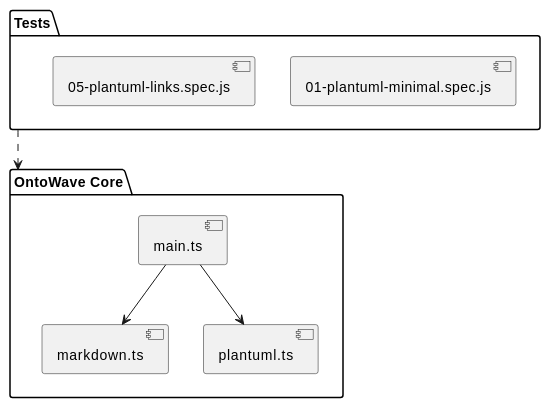
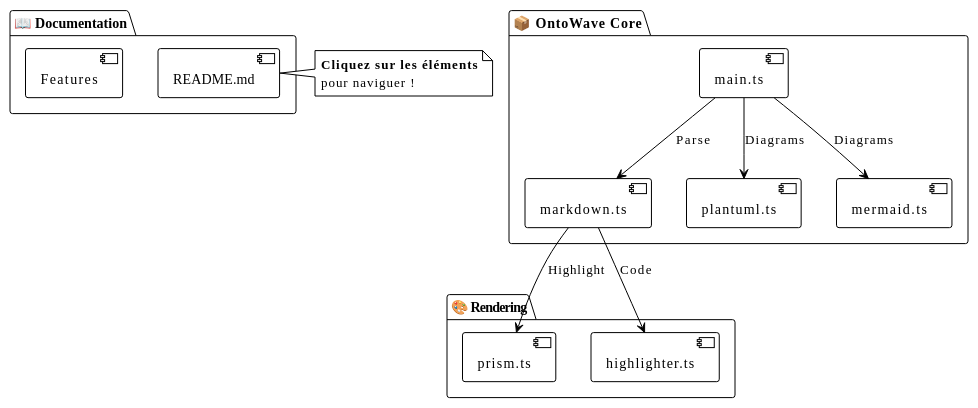
The first of 4 diagrams in docs/demos/test-plantuml-links.md (stephanedenis/OntoWave), drawn with PlantUML before and after one commit. The commit also changed other lines of this file and 6 other files, not shown here.

````diff
--- a/docs/demos/test-plantuml-links.md
+++ b/docs/demos/test-plantuml-links.md
@@ -7,18 +13,34 @@
 ```plantuml
 @startuml
-package "OntoWave Core" {
+!theme plain
+
+package "📦 OntoWave Core" {
   [main.ts] [[https://github.com/stephanedenis/OntoWave/blob/main/src/main.ts]]
   [markdown.ts] [[https://github.com/stephanedenis/OntoWave/blob/main/src/markdown.ts]]
   [plantuml.ts] [[https://github.com/stephanedenis/OntoWave/blob/main/src/plantuml.ts]]
+  [mermaid.ts] [[https://github.com/stephanedenis/OntoWave/blob/main/src/mermaid.ts]]
 }
 
-package "Tests" {
-  [01-plantuml-minimal.spec.js]
-  [05-plantuml-links.spec.js] [[#]]
+package "🎨 Rendering" {
+  [prism.ts] [[https://github.com/stephanedenis/OntoWave]]
+  [highlighter.ts] [[https://github.com/stephanedenis/OntoWave]]
 }
 
-[main.ts] --> [markdown.ts]
-[main.ts] --> [plantuml.ts]
-[Tests] ..> [OntoWave Core]
+package "📖 Documentation" {
+  [README.md] [[index.md]]
+  [Features] [[index.md#features]]
+}
+
+[main.ts] --> [markdown.ts] : Parse
+[main.ts] --> [plantuml.ts] : Diagrams
+[main.ts] --> [mermaid.ts] : Diagrams
+[markdown.ts] --> [prism.ts] : Highlight
+[markdown.ts] --> [highlighter.ts] : Code
+
+note right of [README.md]
+  **Cliquez sur les éléments**
+  pour naviguer !
+end note
+
 @enduml
 ```
````
